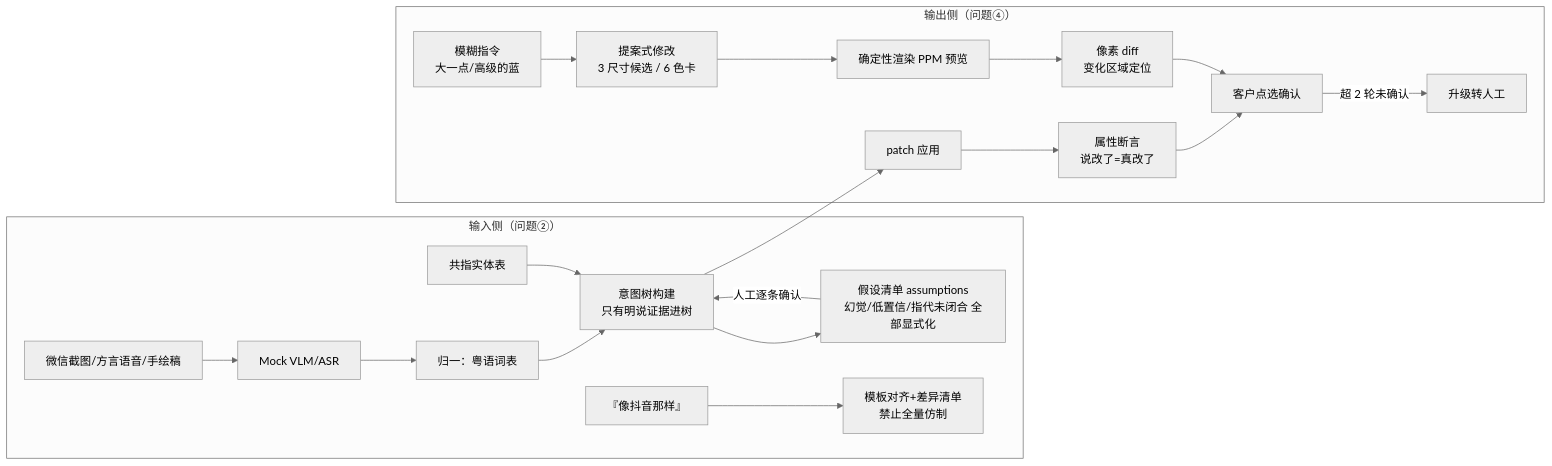
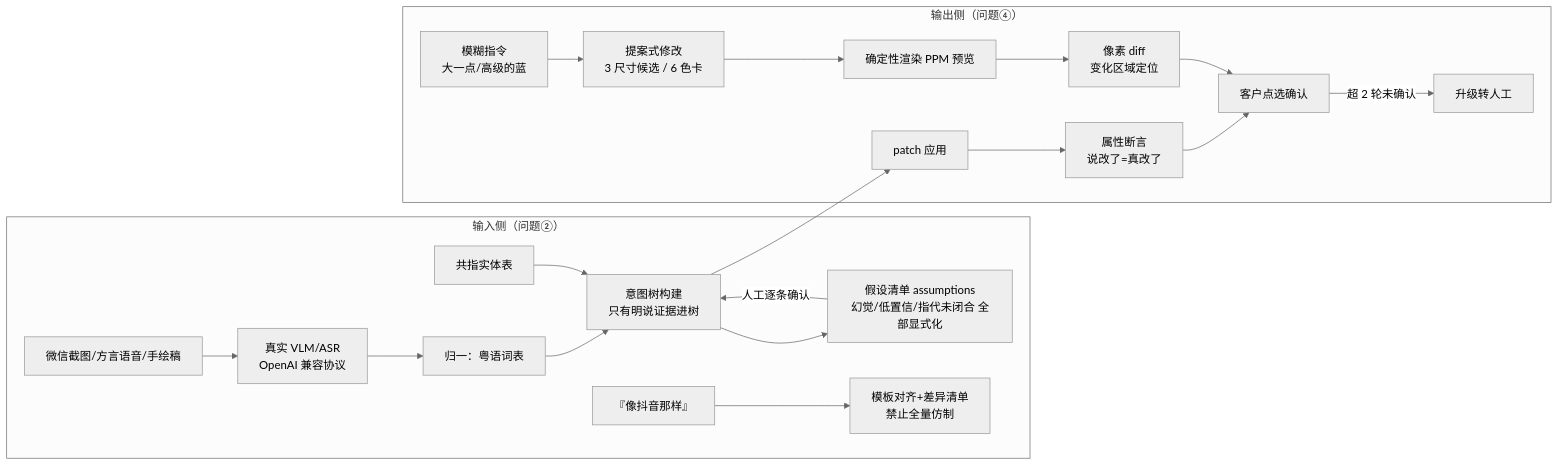
The diagram in README.md (kaijie0074-art/sprout-visual-loop), drawn with Mermaid (neutral theme) before and after one commit. The commit also changed other lines of this file and 20 other files, not shown here.

First line of the commit message:
refactor!: 移除 Mock VLM/ASR，接真实 OpenAI 兼容客户端

````diff
--- a/README.md
+++ b/README.md
@@ -15,22 +15,22 @@
 ```mermaid
 flowchart LR
     subgraph 输入侧["输入侧（问题②）"]
-        A[微信截图/方言语音/手绘稿] --> B[Mock VLM/ASR]
+        A[微信截图/方言语音/手绘稿] --> B[真实 VLM/ASR<br/>OpenAI 兼容协议]
         B --> C[归一：粤语词表]
         C --> D[意图树构建<br/>只有明说证据进树]
         D --> E[假设清单 assumptions<br/>幻觉/低置信/指代未闭合 全部显式化]
         F[共指实体表] --> D
         E -->|人工逐条确认| D
         G["『像抖音那样』"] --> H[模板对齐+差异清单<br/>禁止全量仿制]
     end
     subgraph 输出侧["输出侧（问题④）"]
         I[模糊指令<br/>大一点/高级的蓝] --> J[提案式修改<br/>3 尺寸候选 / 6 色卡]
         J --> K[确定性渲染 PPM 预览]
         L[patch 应用] --> M[属性断言<br/>说改了=真改了]
         K --> N[像素 diff<br/>变化区域定位]
         M --> O[客户点选确认]
         N --> O
         O -->|超 2 轮未确认| P[升级转人工]
     end
     D --> L
 ```
````
